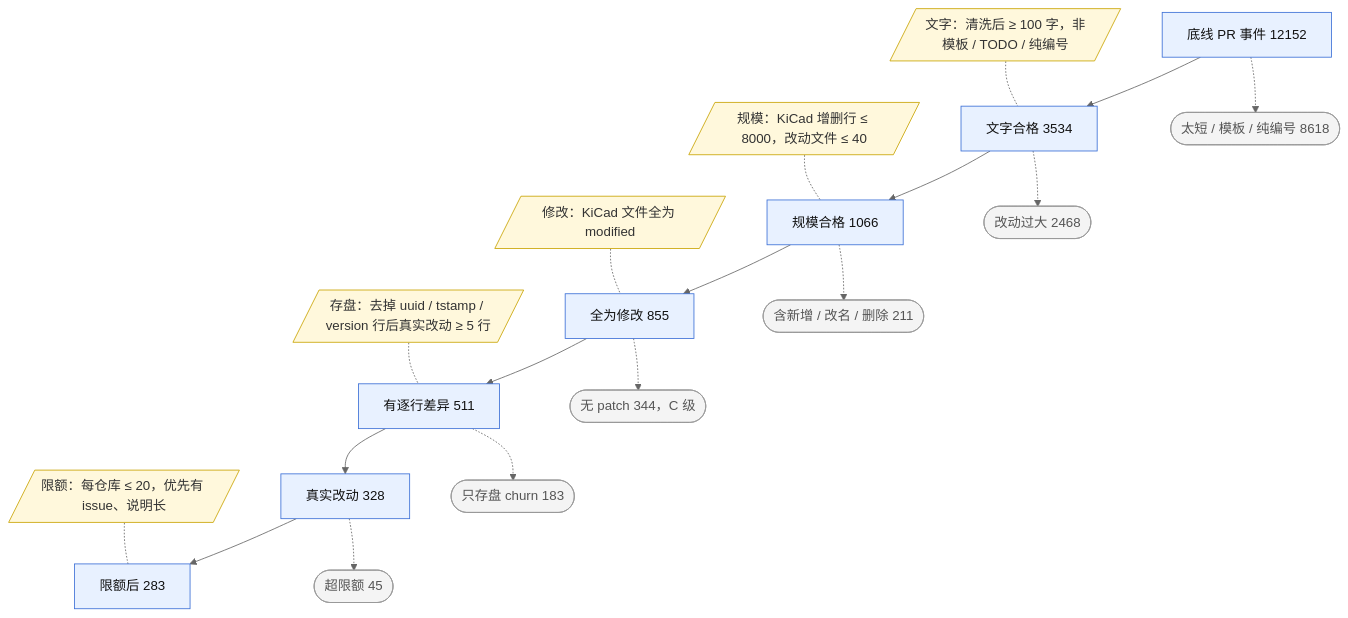
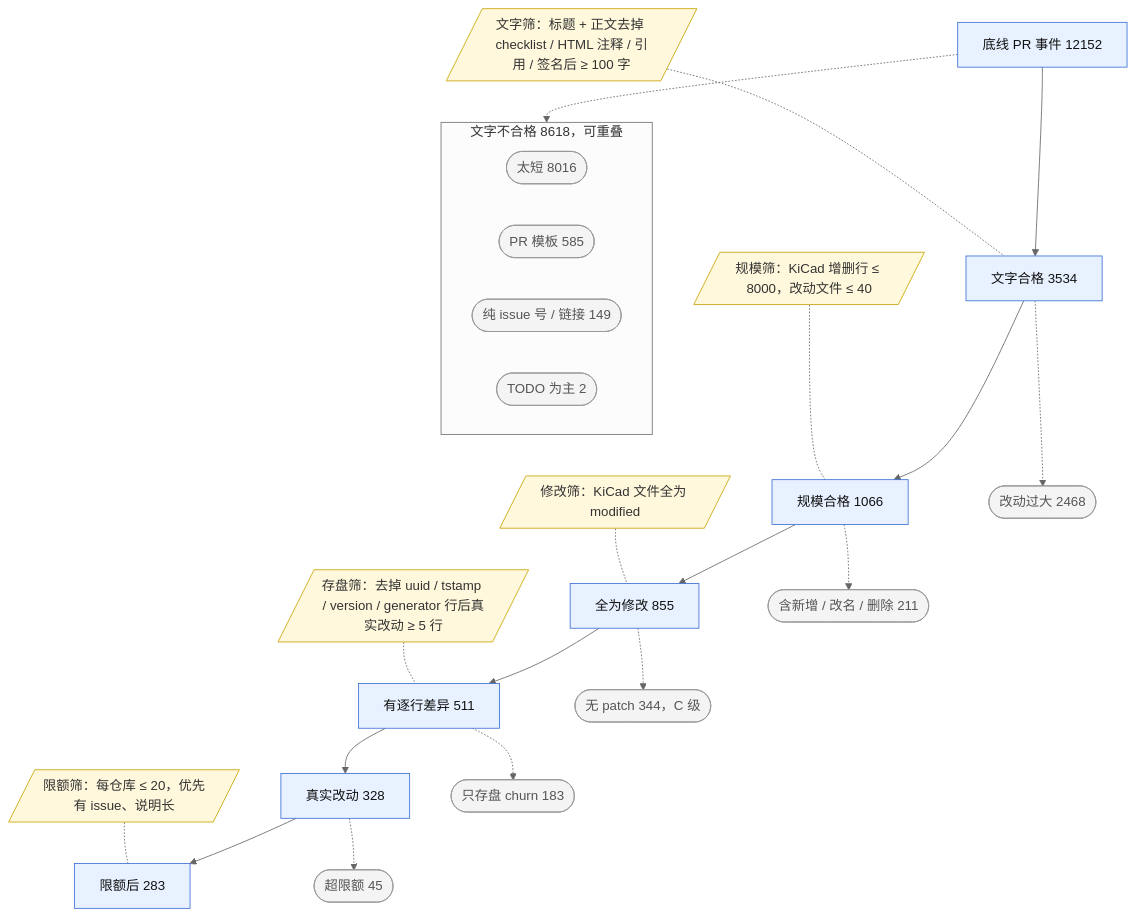
The fourth of 5 diagrams in reports/progress_report.md (Xiafyjck/github_kicad_project_scout), drawn with Mermaid (neutral theme) before and after one commit. The commit also changed other lines of this file, not shown here.

Commit message:
reports: diagrams use one box per suffix / source / rule, text-filter exits split by sub-reason

````diff
--- a/reports/progress_report.md
+++ b/reports/progress_report.md
@@ -202,39 +238,45 @@
 ```mermaid
 flowchart TB
     classDef note fill:#fff8dc,stroke:#c9a400,color:#333
     classDef exit fill:#f4f4f4,stroke:#999,color:#555
     classDef keep fill:#e8f1ff,stroke:#3b6fd6,color:#111
 
-    Nb[/"文字：清洗后 ≥ 100 字，非模板 / TODO / 纯编号"/]:::note
-    Nc[/"规模：KiCad 增删行 ≤ 8000，改动文件 ≤ 40"/]:::note
-    Nd[/"修改：KiCad 文件全为 modified"/]:::note
-    Ne[/"存盘：去掉 uuid / tstamp / version 行后真实改动 ≥ 5 行"/]:::note
-    Nf[/"限额：每仓库 ≤ 20，优先有 issue、说明长"/]:::note
+    Nb[/"文字筛：标题 + 正文去掉 checklist / HTML 注释 / 引用 / 签名后 ≥ 100 字"/]:::note
+    Nc[/"规模筛：KiCad 增删行 ≤ 8000，改动文件 ≤ 40"/]:::note
+    Nd[/"修改筛：KiCad 文件全为 modified"/]:::note
+    Ne[/"存盘筛：去掉 uuid / tstamp / version / generator 行后真实改动 ≥ 5 行"/]:::note
+    Nf[/"限额筛：每仓库 ≤ 20，优先有 issue、说明长"/]:::note
 
     P3[底线 PR 事件 12152]:::keep
     P4[文字合格 3534]:::keep
     P5[规模合格 1066]:::keep
     P6[全为修改 855]:::keep
     P7[有逐行差异 511]:::keep
     P8[真实改动 328]:::keep
     P9[限额后 283]:::keep
-    PX4([太短 / 模板 / 纯编号 8618]):::exit
+    subgraph TX[文字不合格 8618，可重叠]
+        direction LR
+        PX4a([太短 8016]):::exit
+        PX4b([PR 模板 585]):::exit
+        PX4c([纯 issue 号 / 链接 149]):::exit
+        PX4d([TODO 为主 2]):::exit
+    end
     PX5([改动过大 2468]):::exit
     PX6([含新增 / 改名 / 删除 211]):::exit
     PX7([无 patch 344，C 级]):::exit
     PX8([只存盘 churn 183]):::exit
     PX9([超限额 45]):::exit
 
     Nb -.- P4
     Nc -.- P5
     Nd -.- P6
     Ne -.- P7
     Nf -.- P9
     P3 --> P4 --> P5 --> P6 --> P7 --> P8 --> P9
-    P3 -.-> PX4
+    P3 -.-> TX
     P4 -.-> PX5
     P5 -.-> PX6
     P6 -.-> PX7
     P7 -.-> PX8
     P8 -.-> PX9
 ```
````
